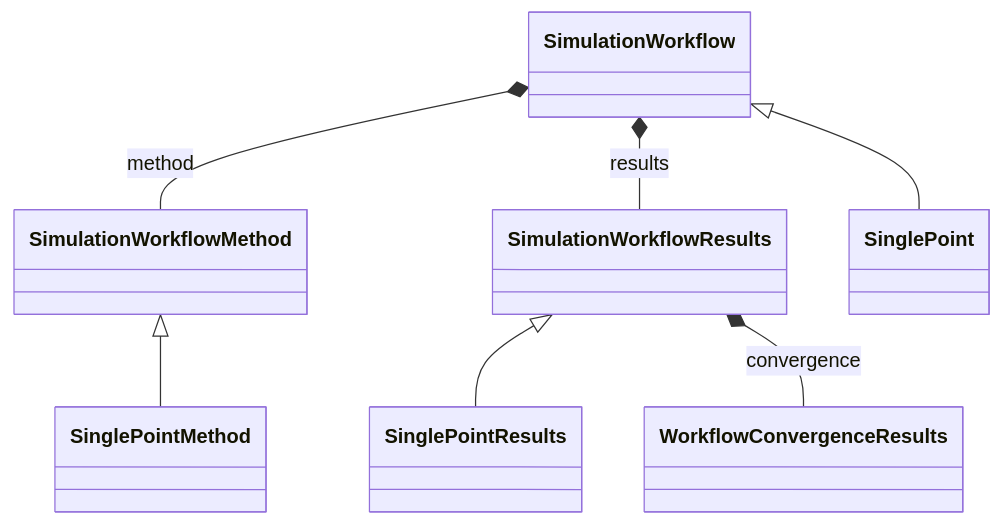
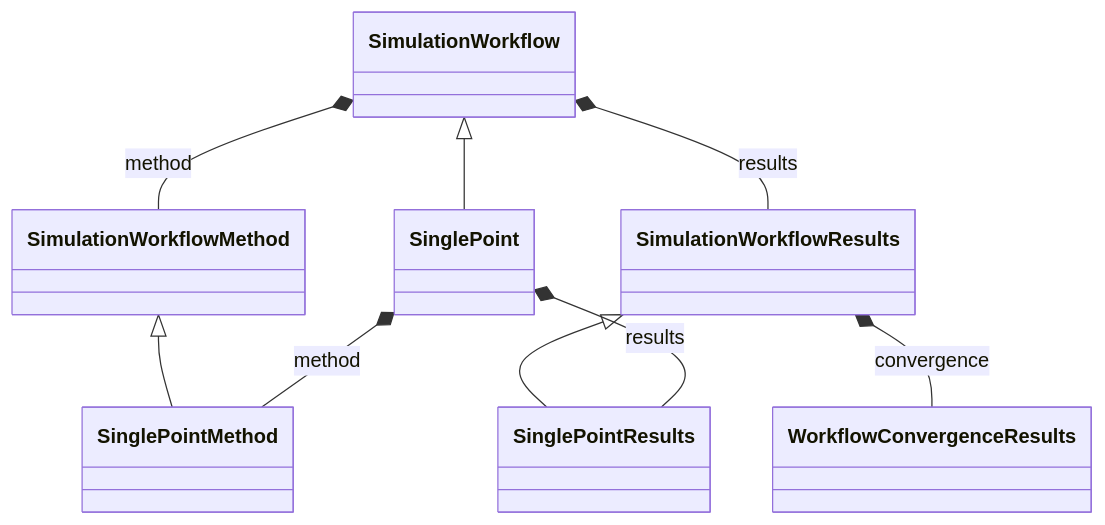
The diagram in docs/schema/workflow_single_point.md (FAIRmat-NFDI/nomad-simulations), drawn with Mermaid before and after one commit. The commit also changed 21 other files, not shown here.

````diff
--- a/docs/schema/workflow_single_point.md
+++ b/docs/schema/workflow_single_point.md
@@ -17,16 +17,18 @@
 ```mermaid
 classDiagram
     class SimulationWorkflow
     class SimulationWorkflowMethod
     class SimulationWorkflowResults
     class SinglePoint
     class SinglePointMethod
     class SinglePointResults
     class WorkflowConvergenceResults
     SimulationWorkflow <|-- SinglePoint
     SimulationWorkflowMethod <|-- SinglePointMethod
     SimulationWorkflowResults <|-- SinglePointResults
     SimulationWorkflow *-- SimulationWorkflowMethod : method
     SimulationWorkflow *-- SimulationWorkflowResults : results
     SimulationWorkflowResults *-- WorkflowConvergenceResults : convergence
+    SinglePoint *-- SinglePointMethod : method
+    SinglePoint *-- SinglePointResults : results
 ```
````
